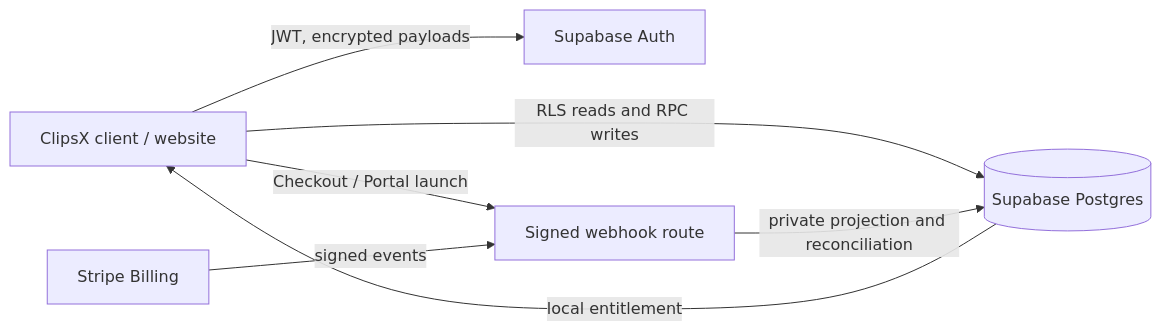
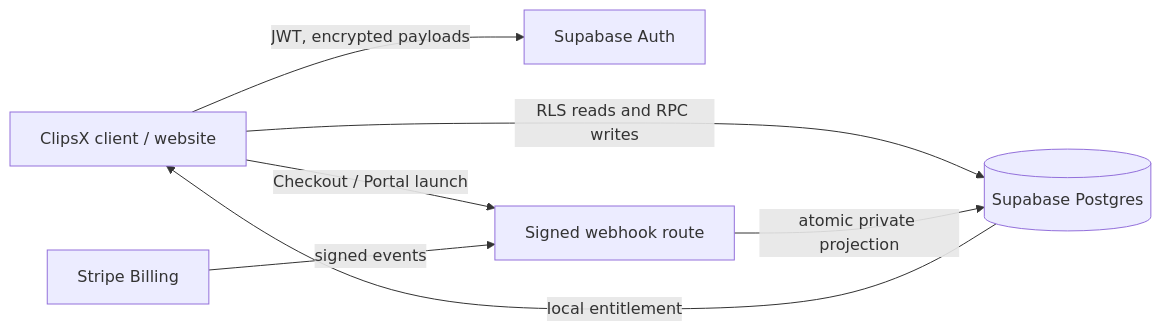
Before and after one commit to azure06/clipsx-web: the first of 4 diagrams in docs/backend/architecture.md, drawn with Mermaid. The commit also changed other lines of this file and 17 other files, not shown here.

````diff
--- a/docs/backend/architecture.md
+++ b/docs/backend/architecture.md
@@ -5,14 +5,14 @@
 ```mermaid
 flowchart LR
   Client[ClipsX client / website]
   Auth[Supabase Auth]
   DB[(Supabase Postgres)]
   Stripe[Stripe Billing]
   Webhook[Signed webhook route]
   Client -->|JWT, encrypted payloads| Auth
   Client -->|RLS reads and RPC writes| DB
   Client -->|Checkout / Portal launch| Webhook
   Stripe -->|signed events| Webhook
-  Webhook -->|private projection and reconciliation| DB
+  Webhook -->|atomic private projection| DB
   DB -->|local entitlement| Client
 ```
````
